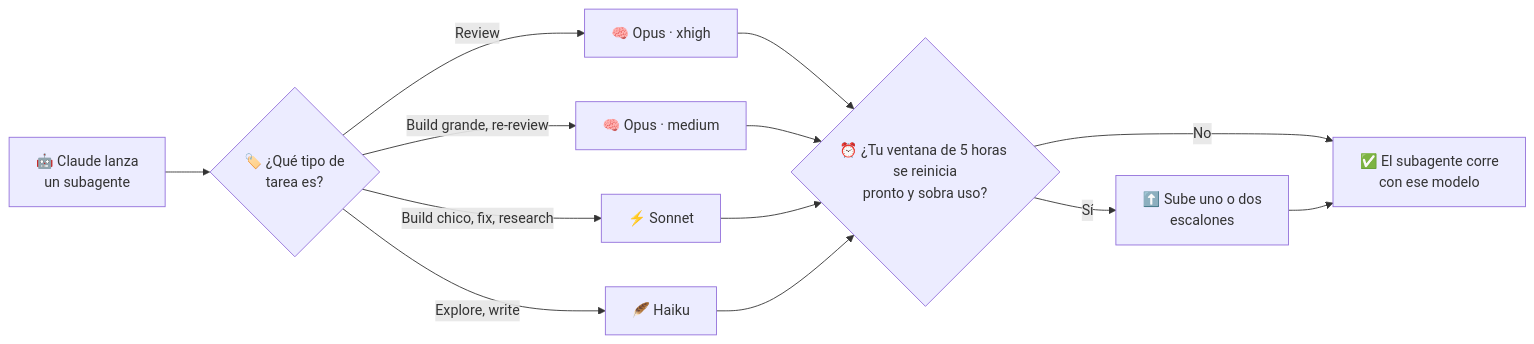
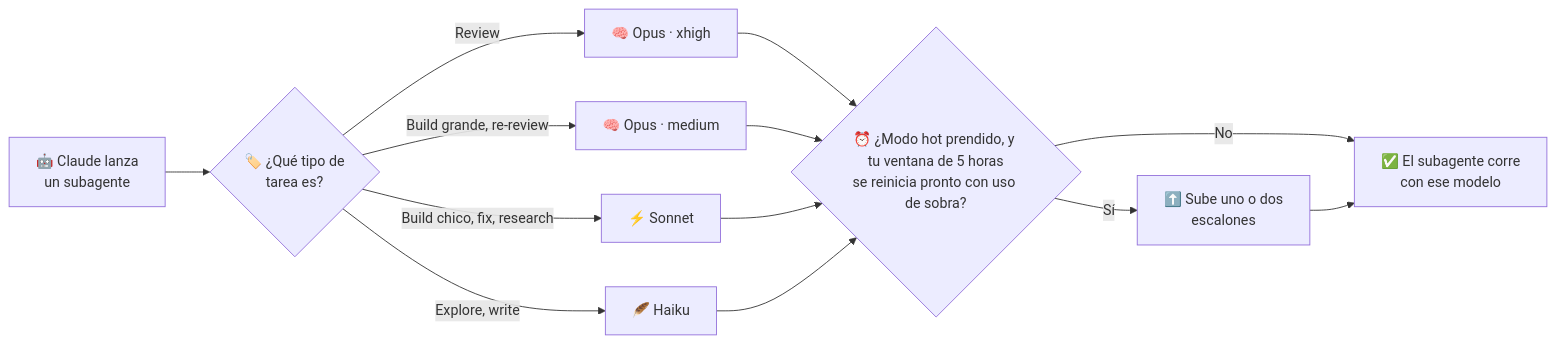
The diagram in README.es.md (CiroVilmer/jev-agent-router), drawn with Mermaid before and after one commit. The commit also changed other lines of this file and 9 other files, not shown here.

````diff
--- a/README.es.md
+++ b/README.es.md
@@ -179,12 +179,12 @@
 ```mermaid
 flowchart LR
     A["🤖 Claude lanza<br/>un subagente"] --> B{"🏷️ ¿Qué tipo de<br/>tarea es?"}
     B -->|"Review"| C["🧠 Opus · xhigh"]
     B -->|"Build grande, re-review"| D["🧠 Opus · medium"]
     B -->|"Build chico, fix, research"| E["⚡ Sonnet"]
     B -->|"Explore, write"| F["🪶 Haiku"]
-    C & D & E & F --> G{"⏰ ¿Tu ventana de 5 horas se reinicia<br/>pronto y sobra uso?"}
+    C & D & E & F --> G{"⏰ ¿Modo hot prendido, y tu ventana de 5 horas<br/>se reinicia pronto con uso de sobra?"}
     G -->|"Sí"| H["⬆️ Sube uno o dos<br/>escalones"]
     G -->|"No"| I["✅ El subagente corre<br/>con ese modelo"]
     H --> I
 ```
````
